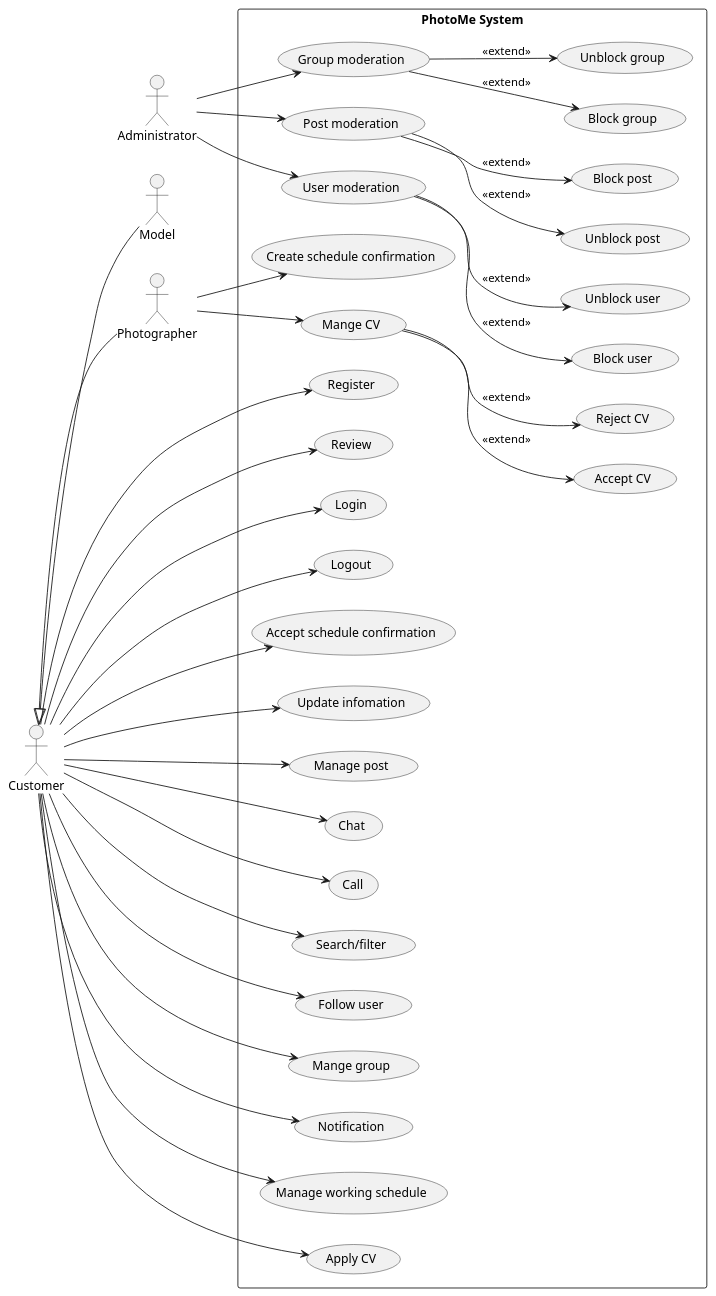
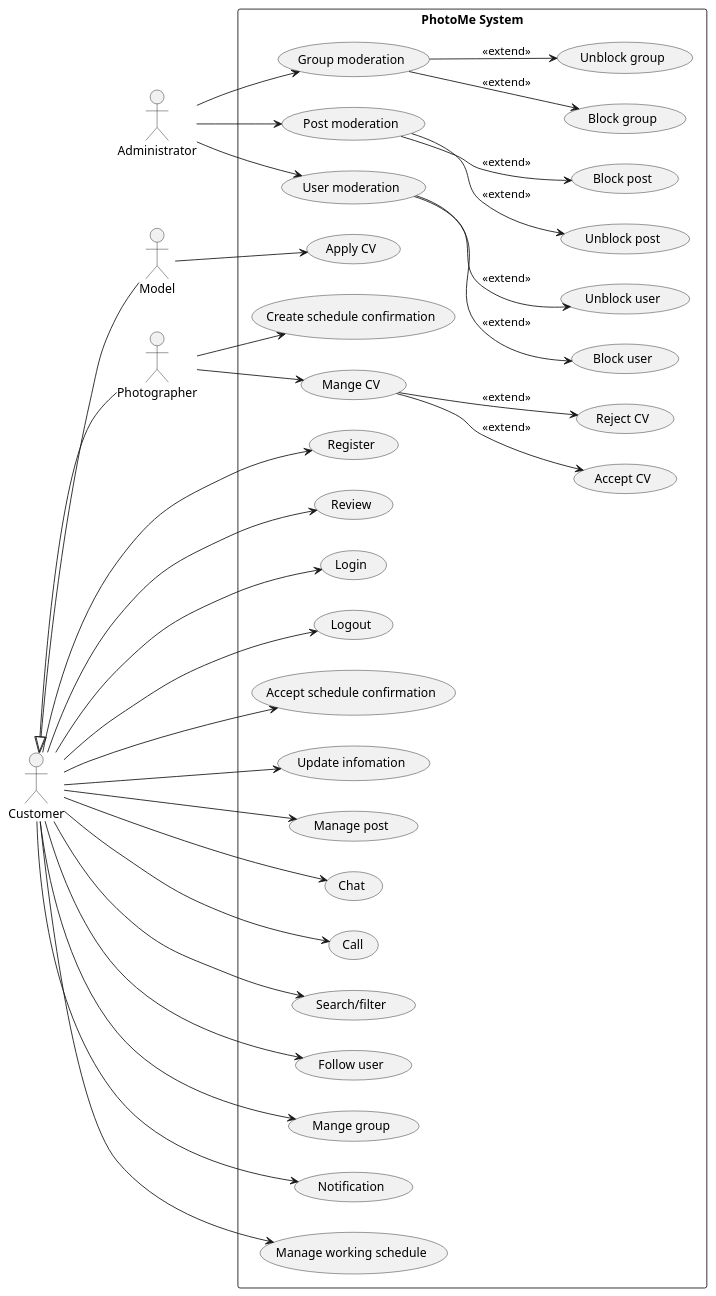
The diagram in Lab1/Lab1.2/use_case.plantuml (iawtk2302/SE357-Pratice-class), drawn with PlantUML before and after one commit. The commit also changed 1 other file, not shown here.

```diff
--- a/Lab1/Lab1.2/use_case.plantuml
+++ b/Lab1/Lab1.2/use_case.plantuml
@@ -1,69 +1,69 @@
 @startuml
 left to right direction
 skinparam packageStyle rectangle
 actor Administrator
 actor Model
 actor Photographer
 actor Customer
 rectangle "PhotoMe System" {
   usecase "Group moderation" as UC1
   usecase "Block group" as UC2
   usecase "Unblock group" as UC3
   usecase "Post moderation" as UC4
   usecase "Unblock post" as UC5
   usecase "Block post" as UC6
   usecase "User moderation" as UC7
   usecase "Block user" as UC8
   usecase "Unblock user" as UC9
   usecase "Register" as UC10
   usecase "Review" as UC11
   usecase "Login" as UC12
   usecase "Logout" as UC13
   usecase "Accept schedule confirmation" as UC14
   usecase "Update infomation" as UC15
   usecase "Manage post" as UC16
   usecase "Chat" as UC17
   usecase "Call" as UC18
   usecase "Search/filter" as UC19
   usecase "Follow user" as UC20
   usecase "Mange group" as UC21
   usecase "Notification" as UC22
   usecase "Manage working schedule" as UC23
   usecase "Apply CV" as UC24
   usecase "Create schedule confirmation" as UC25
   usecase "Mange CV" as UC26
   usecase "Accept CV" as UC27
   usecase "Reject CV" as UC28
 
   Administrator --> UC1
   Administrator --> UC4
   Administrator --> UC7
   Customer --> UC10
   Customer --> UC11
   Customer --> UC12
   Customer --> UC13
   Customer --> UC14
   Customer --> UC15
   Customer --> UC16
   Customer --> UC17
   Customer --> UC18
   Customer --> UC19
   Customer --> UC20
   Customer --> UC21
   Customer --> UC22
   Customer --> UC23
-  Customer --> UC24
+  Model --> UC24
   Photographer --> UC25
   Photographer --> UC26
   Customer <|-- Photographer
   Customer <|-- Model
   UC1-->UC2:<<extend>>
   UC1-->UC3:<<extend>>
   UC4-->UC5:<<extend>>
   UC4-->UC6:<<extend>>
   UC7-->UC8:<<extend>>
   UC7-->UC9:<<extend>>
   UC26-->UC27:<<extend>>
   UC26-->UC28:<<extend>>
 }
 @enduml
```
